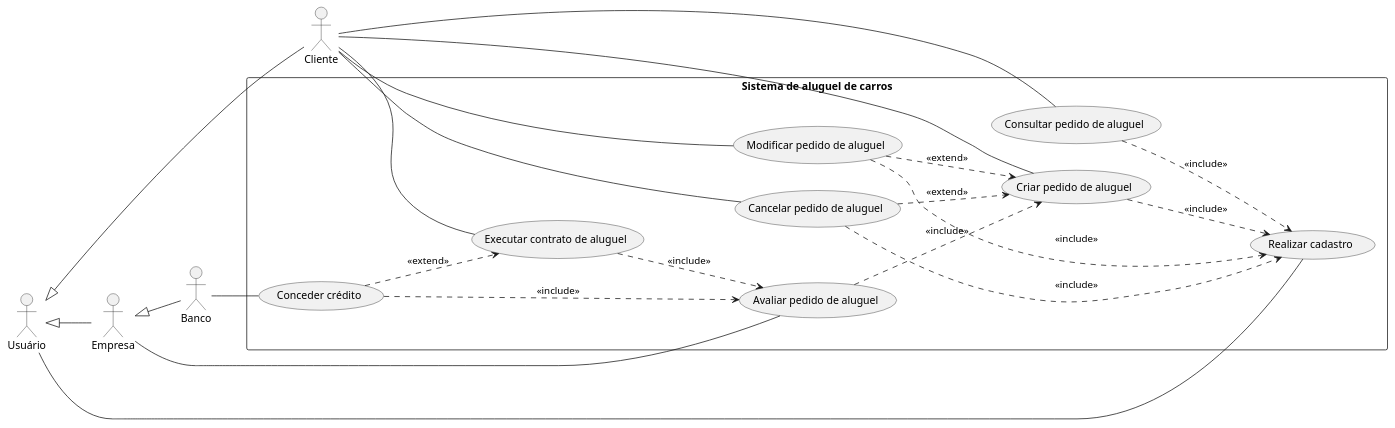
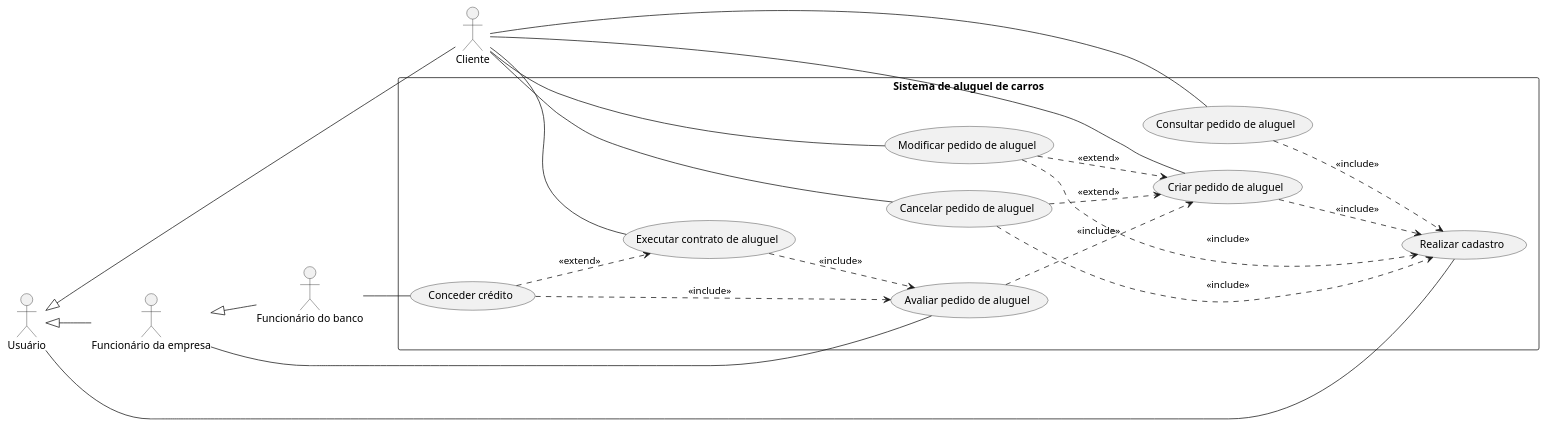
Before and after one commit to software-engineering-graduation/sistema_aluguel_carros-lds2024: the diagram in projeto/diagrama_de_casos_de_uso.puml, drawn with PlantUML.

```diff
--- a/projeto/diagrama_de_casos_de_uso.puml
+++ b/projeto/diagrama_de_casos_de_uso.puml
@@ -1,47 +1,47 @@
 @startuml Diagrama de Casos de Uso
 left to right direction
 
 actor "Usuário" as usuario
 actor "Cliente" as cliente
-actor "Empresa" as empresa
-actor "Banco" as banco
+actor "Funcionário da empresa" as empresa
+actor "Funcionário do banco" as banco
 
 rectangle "Sistema de aluguel de carros" {
     usecase "Realizar cadastro" as uc_cadastro
     usecase "Criar pedido de aluguel" as uc_criar_pedido
     usecase "Modificar pedido de aluguel" as uc_modificar_pedido
     usecase "Cancelar pedido de aluguel" as uc_cancelar_pedido
     usecase "Consultar pedido de aluguel" as uc_consultar_pedido
     usecase "Avaliar pedido de aluguel" as uc_avaliar_pedido
     usecase "Executar contrato de aluguel" as uc_executar_contrato
     usecase "Conceder crédito" as uc_conceder_credito
 }
 
 usuario <|-- cliente
 usuario <|-- empresa
 empresa <|-- banco
 
 usuario -- uc_cadastro
 
 cliente -- uc_criar_pedido
 cliente -- uc_modificar_pedido
 cliente -- uc_consultar_pedido
 cliente -- uc_cancelar_pedido
 cliente -- uc_executar_contrato
 
 empresa -- uc_avaliar_pedido
 
 banco -- uc_conceder_credito
 
 uc_executar_contrato ..> uc_avaliar_pedido : "<<include>>"
 uc_avaliar_pedido ..> uc_criar_pedido : "<<include>>"
 uc_conceder_credito ..> uc_avaliar_pedido : "<<include>>"
 uc_modificar_pedido ..> uc_cadastro : "<<include>>"
 uc_cancelar_pedido ..> uc_cadastro : "<<include>>"
 uc_consultar_pedido ..> uc_cadastro : "<<include>>"
 uc_criar_pedido ..> uc_cadastro : "<<include>>"
 
 uc_modificar_pedido ..> uc_criar_pedido : "<<extend>>"
 uc_cancelar_pedido ..> uc_criar_pedido : "<<extend>>"
 uc_conceder_credito ..> uc_executar_contrato : "<<extend>>"
 @enduml
```
